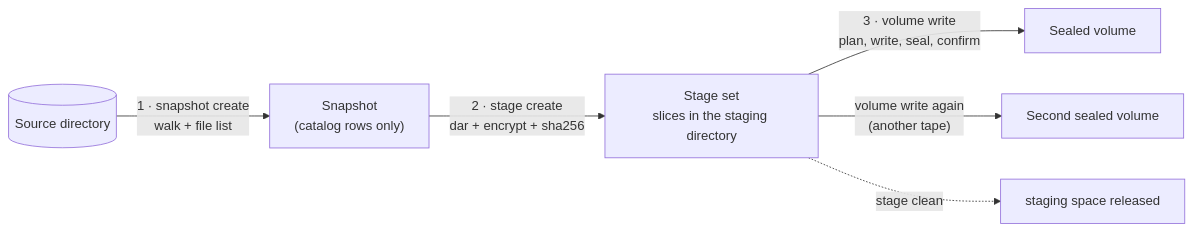
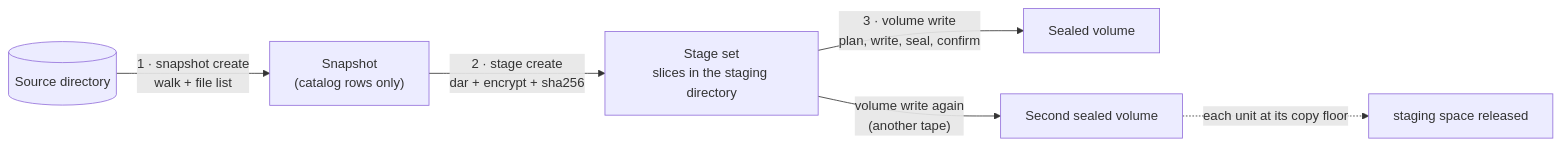
Before and after one commit to mikmorg/tapectl: the first of 7 diagrams in docs/concepts.md, drawn with Mermaid. The commit also changed other lines of this file, not shown here.

First line of the commit message:
docs/concepts: pending and staged, the per-unit release, a cartridge's first barcode (items 206, 207, 212, 217, 219)

````diff
--- a/docs/concepts.md
+++ b/docs/concepts.md
@@ -59,8 +59,8 @@
 ```mermaid
 flowchart LR
     D[("Source directory")] -->|"1 · snapshot create<br/>walk + file list"| S["Snapshot<br/>(catalog rows only)"]
     S -->|"2 · stage create<br/>dar + encrypt + sha256"| SS["Stage set<br/>slices in the staging directory"]
     SS -->|"3 · volume write<br/>plan, write, seal, confirm"| V["Sealed volume"]
     SS -->|"volume write again<br/>(another tape)"| V2["Second sealed volume"]
-    SS -.->|stage clean| X["staging space released"]
+    V2 -.->|"each unit at its copy floor"| X["staging space released"]
 ```
````
